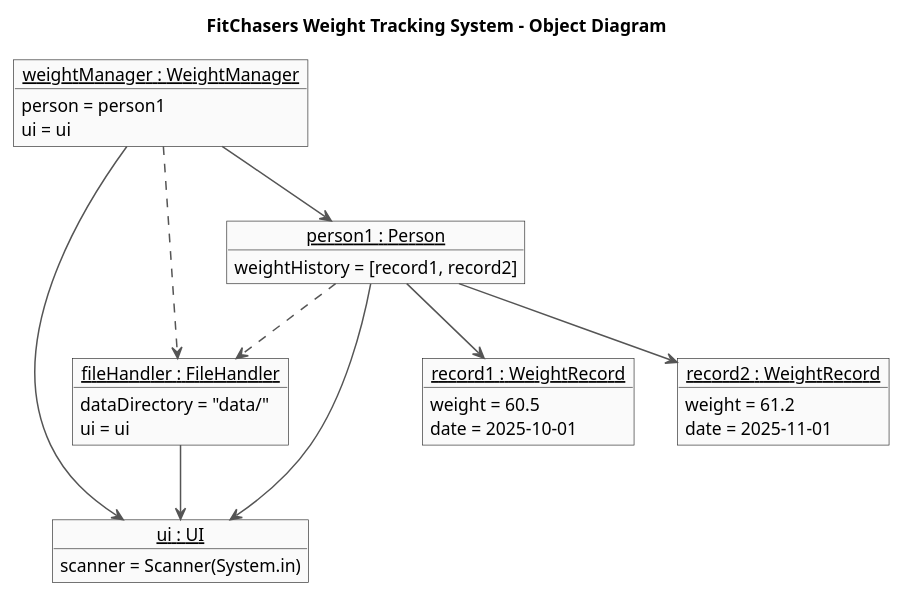
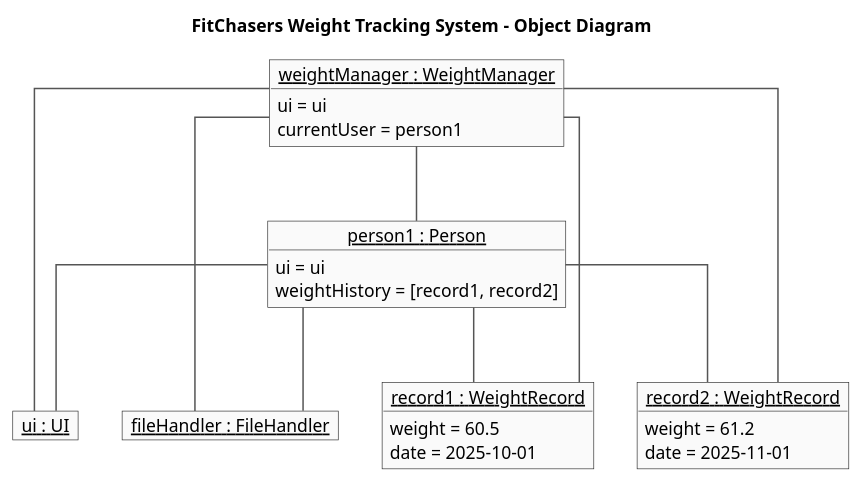
Before and after one commit to Exceptional-Khoi/tp: the diagram in docs/diagrams/WeightManager_Object_Diagram.puml, drawn with PlantUML. The commit also changed 12 other files, not shown here.

Commit message:
Add object diagram

```diff
--- a/docs/diagrams/WeightManager_Object_Diagram.puml
+++ b/docs/diagrams/WeightManager_Object_Diagram.puml
@@ -1,50 +1,57 @@
 @startuml
 title FitChasers Weight Tracking System - Object Diagram
+
+skinparam linetype ortho
 skinparam shadowing false
 skinparam objectBorderColor #222
 skinparam objectBackgroundColor #FAFAFA
 skinparam ArrowColor #555
 skinparam ArrowThickness 1.2
 
+hide empty method
+hide empty field
+
 ' ===================== OBJECTS =====================
-object "<u>ui : UI</u>" as ui {
-  scanner = Scanner(System.in)
-}
+object "<u>ui : UI</u>" as ui
 
-object "<u>fileHandler : FileHandler</u>" as fileHandler {
-  dataDirectory = "data/"
-  ui = ui
-}
+object "<u>fileHandler : FileHandler</u>" as fileHandler
 
 object "<u>person1 : Person</u>" as person1 {
+  ui = ui
   weightHistory = [record1, record2]
 }
 
 object "<u>record1 : WeightRecord</u>" as record1 {
   weight = 60.5
   date = 2025-10-01
 }
 
 object "<u>record2 : WeightRecord</u>" as record2 {
   weight = 61.2
   date = 2025-11-01
 }
 
 object "<u>weightManager : WeightManager</u>" as weightManager {
-  person = person1
   ui = ui
+  currentUser = person1
 }
 
-' ===================== RELATIONSHIPS =====================
-weightManager --> person1
-weightManager --> ui
-weightManager ..> fileHandler
+' ===================== RELATIONSHIPS - EXACTLY MATCH CLASS DIAGRAM =====================
 
-person1 --> record1
-person1 --> record2
-person1 --> ui
-person1 ..> fileHandler
+person1 -- record1
+person1 -- record2
 
-fileHandler --> ui
+weightManager -- person1
+
+weightManager -- ui
+
+person1 -- ui
+
+weightManager -- fileHandler
+
+person1 -- fileHandler
+
+weightManager -- record1
+weightManager -- record2
 
 @enduml
```
